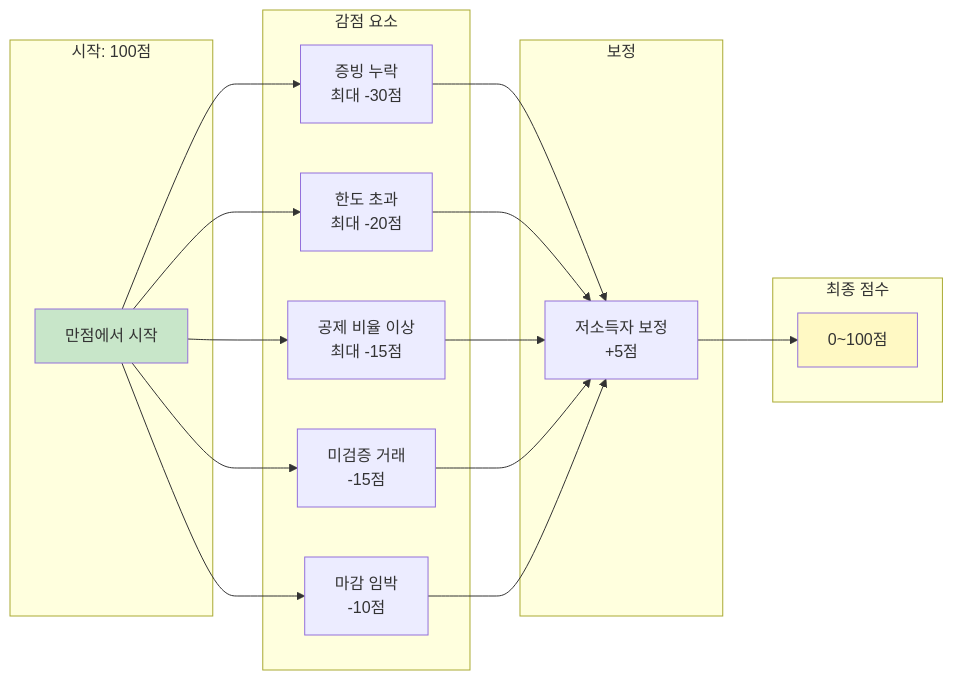
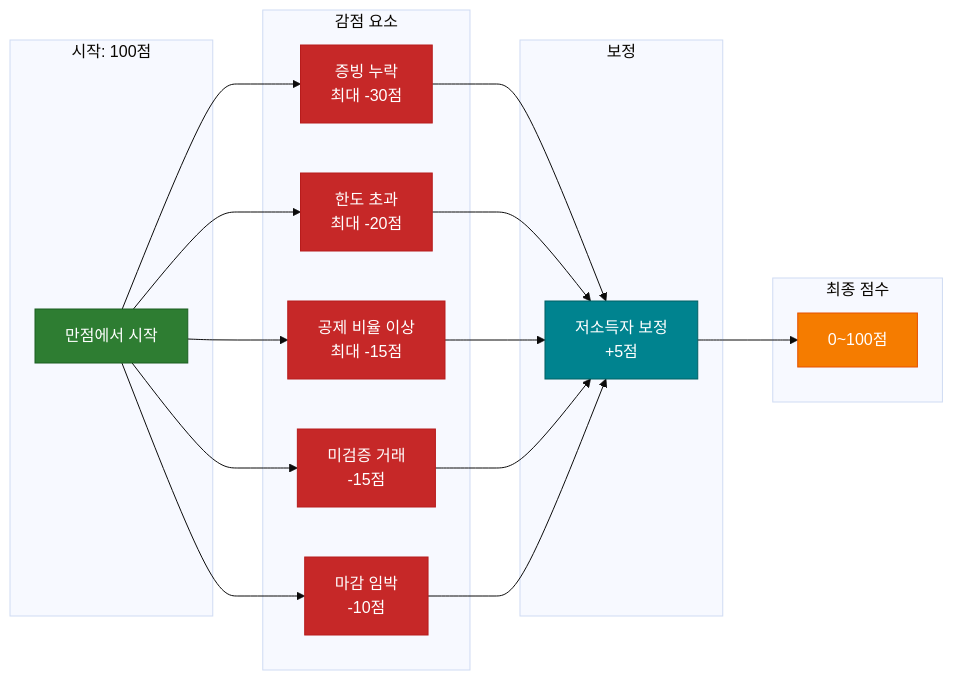
One commit to Z-3000/fina_r changed the tenth of 18 diagrams in docs/세금로직_플로우차트.md. Above: the diagram before and after it, drawn with Mermaid. The commit also changed other lines of this file, not shown here.

````diff
--- a/docs/세금로직_플로우차트.md
+++ b/docs/세금로직_플로우차트.md
@@ -358,28 +394,35 @@
 ```mermaid
+%%{init: {'theme': 'base'}}%%
 flowchart LR
     subgraph 시작["시작: 100점"]
         A[만점에서 시작]
     end
 
     subgraph 감점요소["감점 요소"]
         B1["증빙 누락<br/>최대 -30점"]
         B2["한도 초과<br/>최대 -20점"]
         B3["공제 비율 이상<br/>최대 -15점"]
         B4["미검증 거래<br/>-15점"]
         B5["마감 임박<br/>-10점"]
     end
 
     subgraph 보정["보정"]
         C["저소득자 보정<br/>+5점"]
     end
 
     subgraph 결과["최종 점수"]
         D["0~100점"]
     end
 
     A --> B1 & B2 & B3 & B4 & B5
     B1 & B2 & B3 & B4 & B5 --> C --> D
 
-    style A fill:#c8e6c9
-    style D fill:#fff9c4
+    style A fill:#2e7d32,stroke:#1b5e20,color:#fff
+    style D fill:#f57c00,stroke:#e65100,color:#fff
+    style B1 fill:#c62828,stroke:#b71c1c,color:#fff
+    style B2 fill:#c62828,stroke:#b71c1c,color:#fff
+    style B3 fill:#c62828,stroke:#b71c1c,color:#fff
+    style B4 fill:#c62828,stroke:#b71c1c,color:#fff
+    style B5 fill:#c62828,stroke:#b71c1c,color:#fff
+    style C fill:#00838f,stroke:#006064,color:#fff
 ```
````
